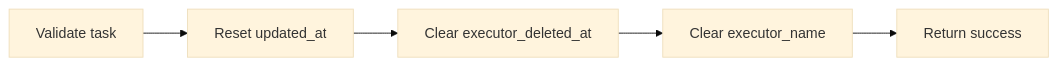
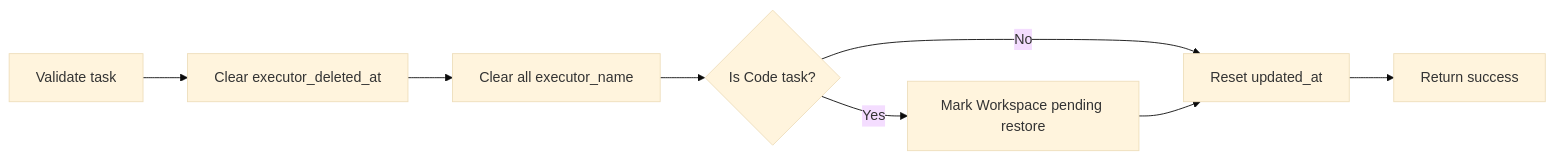
Before and after one commit to wecode-ai/Wegent: the third of 8 diagrams in docs/en/features/task-restore.md, drawn with Mermaid (base theme). The commit also changed other lines of this file and 7 other files, not shown here.

First line of the commit message:
refactor(backend,executor): remove database session ID persistence, use workspace archive only

````diff
--- a/docs/en/features/task-restore.md
+++ b/docs/en/features/task-restore.md
@@ -97,7 +128,10 @@
 ```mermaid
 flowchart LR
-    A[Validate task] --> B[Reset updated_at]
-    B --> C[Clear executor_deleted_at]
-    C --> D[Clear executor_name]
-    D --> E[Return success]
+    A[Validate task] --> B[Clear executor_deleted_at]
+    B --> C[Clear all executor_name]
+    C --> D{Is Code task?}
+    D -->|Yes| E[Mark Workspace pending restore]
+    D -->|No| F[Reset updated_at]
+    E --> F
+    F --> G[Return success]
 ```
````
